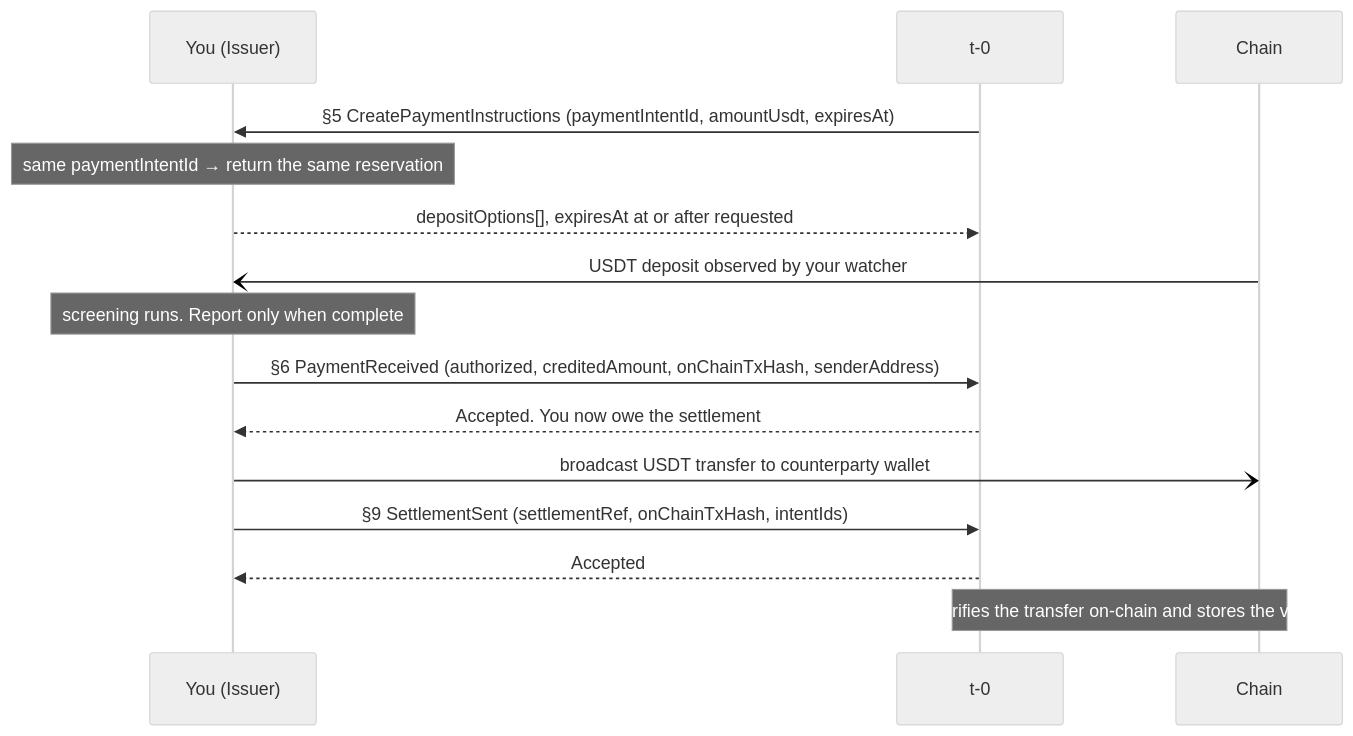
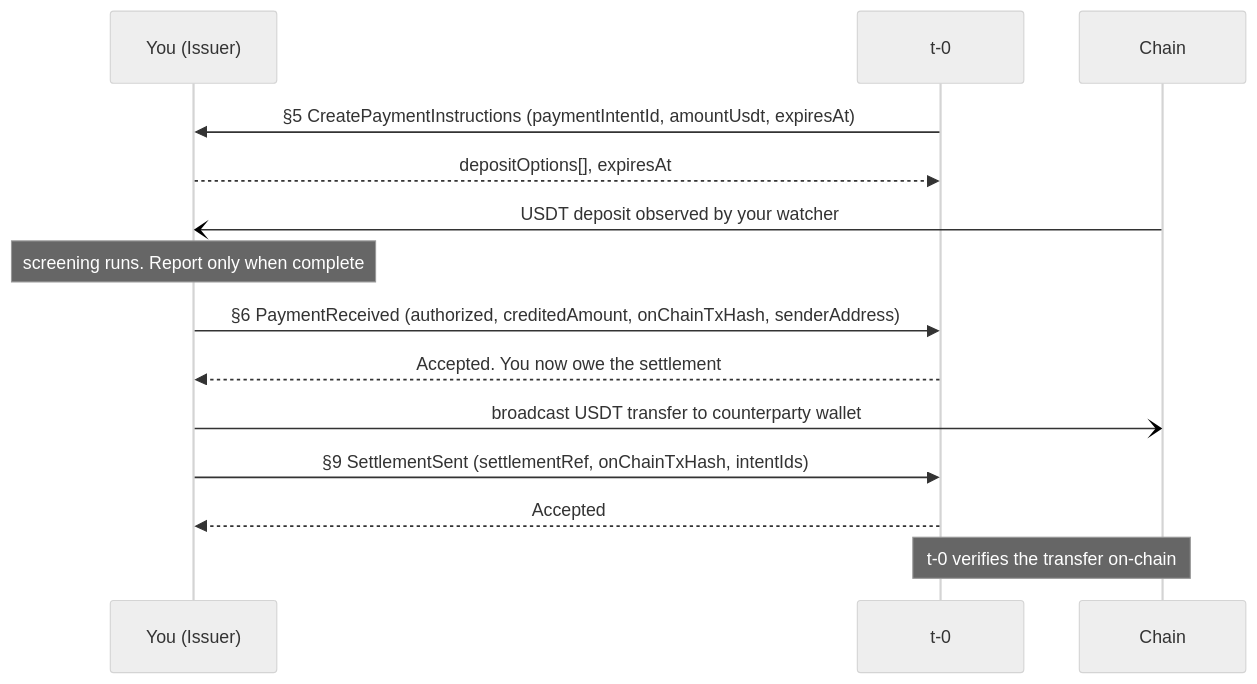
One commit to t-0-network/usdt-pay-docs changed the diagram in content/docs/payments/issuer.md. Above: the diagram before and after it, drawn with Mermaid (neutral theme). The commit also changed 2 other files, not shown here.

Commit message:
docs: clean up diagrams after Codex review
L1: remove three consecutive notes (batch atomicity, one-per-currency,
currency availability), move to prose paragraph below the diagram.
L2: merge firm-obligation note into response label, remove vague
"takes it from here" note.
I1: remove same-reservation retry note (belongs in guarantees),
simplify response label, shorten verification note.
A2: add missing QR-render and release-goods notes for consistency
with A1, add expiresAt to the intent response.

````diff
--- a/content/docs/payments/issuer.md
+++ b/content/docs/payments/issuer.md
@@ -33,17 +33,16 @@
 ```mermaid
 sequenceDiagram
     participant ISS as You (Issuer)
     participant T0 as t-0
     participant BC as Chain
     T0->>ISS: §5 CreatePaymentInstructions (paymentIntentId, amountUsdt, expiresAt)
-    Note over ISS: same paymentIntentId → return the same reservation
-    ISS-->>T0: depositOptions[], expiresAt at or after requested
+    ISS-->>T0: depositOptions[], expiresAt
     BC-)ISS: USDT deposit observed by your watcher
     Note over ISS: screening runs. Report only when complete
     ISS->>T0: §6 PaymentReceived (authorized, creditedAmount, onChainTxHash, senderAddress)
     T0-->>ISS: Accepted. You now owe the settlement
     ISS-)BC: broadcast USDT transfer to counterparty wallet
     ISS->>T0: §9 SettlementSent (settlementRef, onChainTxHash, intentIds)
     T0-->>ISS: Accepted
-    Note over T0,BC: t-0 verifies the transfer on-chain and stores the verdict
+    Note over T0,BC: t-0 verifies the transfer on-chain
 ```
````
